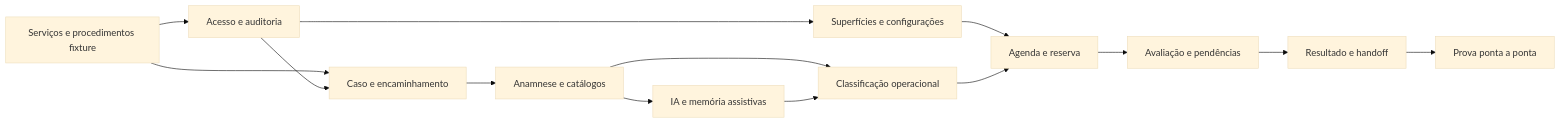
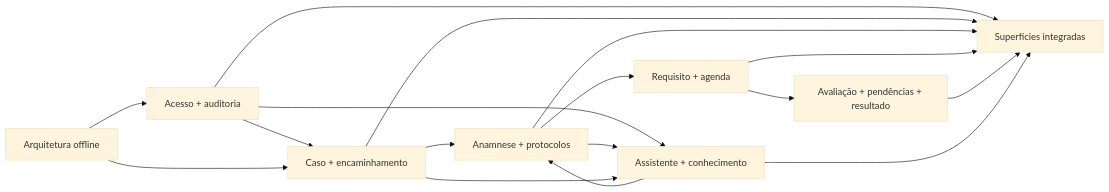
Before and after one commit to nmarcofernandess/antessala: the second of 2 diagrams in hack/analysis.md, drawn with Mermaid (base theme). The commit also changed other lines of this file and 29 other files, not shown here.

````diff
--- a/hack/analysis.md
+++ b/hack/analysis.md
@@ -689,16 +137,19 @@
 ```mermaid
 flowchart LR
-  master["Serviços e procedimentos fixture"] --> auth["Acesso e auditoria"]
-  master --> case["Caso e encaminhamento"]
-  auth --> case
-  case --> anamnesis["Anamnese e catálogos"]
-  anamnesis --> requirement["Classificação operacional"]
-  anamnesis --> ai["IA e memória assistivas"]
-  ai --> requirement
-  auth --> config["Superfícies e configurações"]
-  config --> agenda["Agenda e reserva"]
-  requirement --> agenda
-  agenda --> evaluation["Avaliação e pendências"]
-  evaluation --> handoff["Resultado e handoff"]
-  handoff --> proof["Prova ponta a ponta"]
+    ACCESS["Acesso + auditoria"] --> CASE["Caso + encaminhamento"]
+    ARCH["Arquitetura offline"] --> ACCESS
+    ARCH --> CASE
+    CASE --> ANA["Anamnese + protocolos"]
+    ANA --> SCHED["Requisito + agenda"]
+    SCHED --> ASSESS["Avaliação + pendências + resultado"]
+    IA["Assistente + conhecimento"] --> ANA
+    ACCESS --> IA
+    ANA --> IA
+    CASE --> IA
+    ACCESS --> UI["Superfícies integradas"]
+    CASE --> UI
+    ANA --> UI
+    SCHED --> UI
+    ASSESS --> UI
+    IA --> UI
 ```
````
